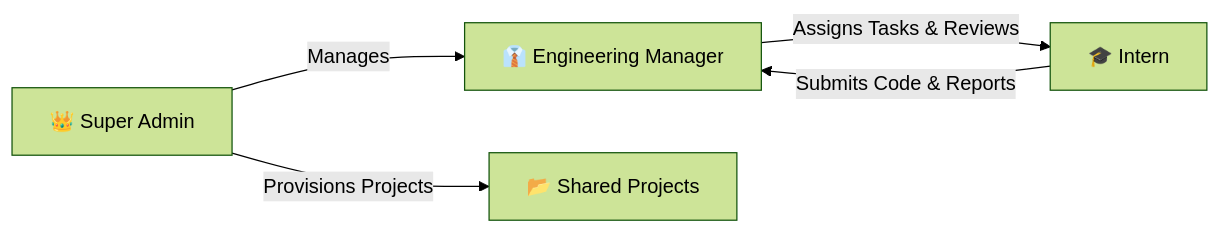
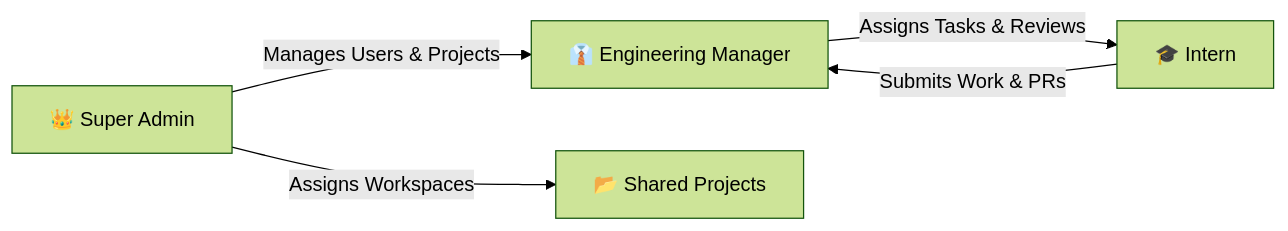
The second of 2 diagrams in README.md (sai1733/CodeForge), drawn with Mermaid (forest theme) before and after one commit. The commit also changed other lines of this file, not shown here.

Commit message:
docs: correct Cloud IDE architecture to StackBlitz SDK and update seed credentials

````diff
--- a/README.md
+++ b/README.md
@@ -85,7 +87,7 @@
 ```mermaid
 flowchart LR
-    A["👑 Super Admin"] -->|Manages| B["👔 Engineering Manager"]
-    A -->|Provisions Projects| C["📂 Shared Projects"]
+    A["👑 Super Admin"] -->|Manages Users & Projects| B["👔 Engineering Manager"]
+    A -->|Assigns Workspaces| C["📂 Shared Projects"]
     B -->|Assigns Tasks & Reviews| D["🎓 Intern"]
-    D -->|Submits Code & Reports| B
+    D -->|Submits Work & PRs| B
 ```
````
